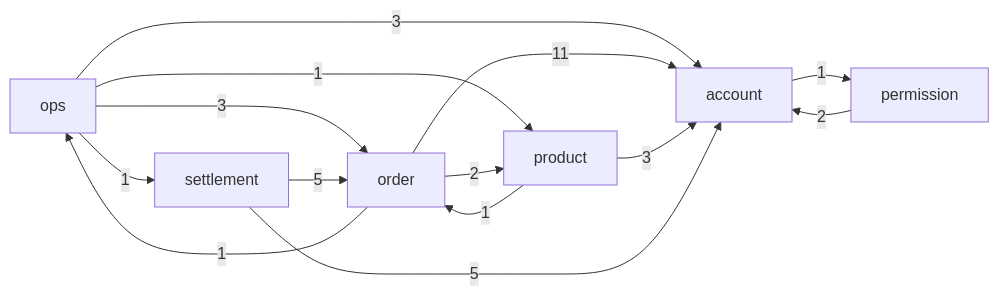
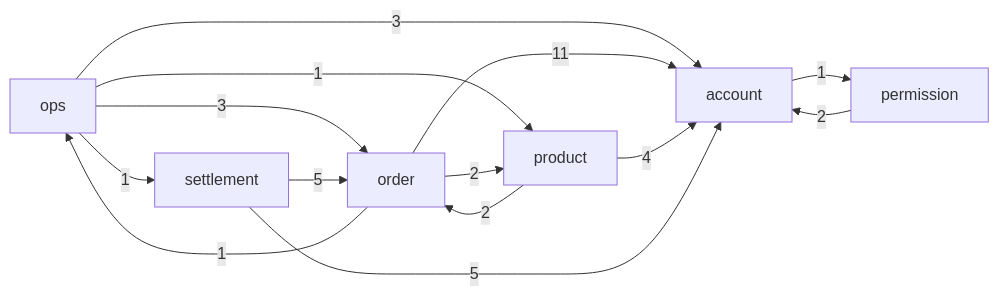
The diagram in doc/erd/index.md (ejg93/ProjectShop), drawn with Mermaid before and after one commit. The commit also changed other lines of this file and 16 other files, not shown here.

````diff
--- a/doc/erd/index.md
+++ b/doc/erd/index.md
@@ -5,16 +5,16 @@
 ```mermaid
 flowchart LR
     account -->|1| permission
     ops -->|3| account
     ops -->|3| order
     ops -->|1| product
     ops -->|1| settlement
     order -->|11| account
     order -->|1| ops
     order -->|2| product
     permission -->|2| account
-    product -->|3| account
-    product -->|1| order
+    product -->|4| account
+    product -->|2| order
     settlement -->|5| account
     settlement -->|5| order
 ```
````
